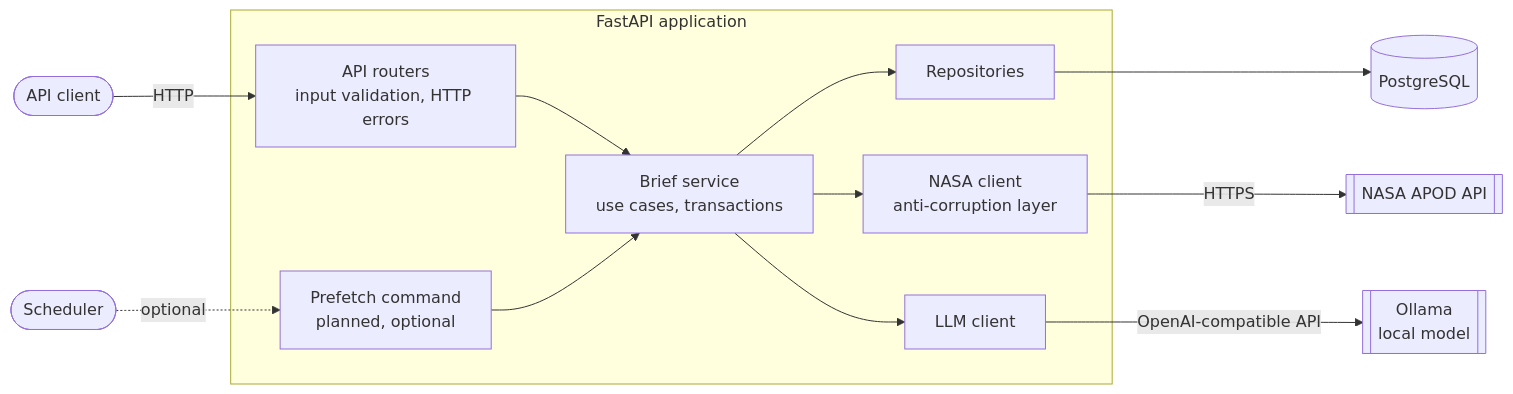
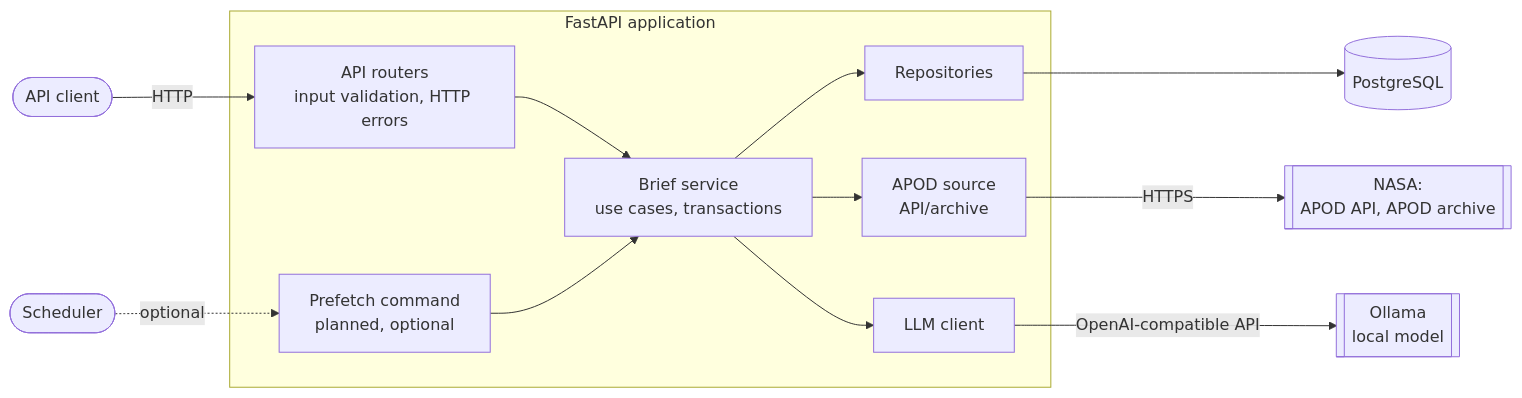
Before and after one commit to OstapchukIryna/astronomy-brief: the first of 3 diagrams in README.md, drawn with Mermaid. The commit also changed other lines of this file and 1 other file, not shown here.

Commit message:
docs: add archive decision diagram

````diff
--- a/README.md
+++ b/README.md
@@ -34,23 +34,23 @@
 ```mermaid
 flowchart LR
     user([API client]) -->|HTTP| api
     scheduler([Scheduler]) -.->|optional| job
 
     subgraph app [FastAPI application]
         api[API routers<br/>input validation, HTTP errors]
         job[Prefetch command<br/>planned, optional]
         svc[Brief service<br/>use cases, transactions]
         repo[Repositories]
-        nasa[NASA client<br/>anti-corruption layer]
+        apod[APOD source<br/>API/archive]
         llm[LLM client]
     end
 
     api --> svc
     job --> svc
     svc --> repo
-    svc --> nasa
+    svc --> apod
     svc --> llm
     repo --> db[(PostgreSQL)]
-    nasa -->|HTTPS| apod[[NASA APOD API]]
+    apod -->|HTTPS| nasa[[NASA:<br/>APOD API, APOD archive]]
     llm -->|OpenAI-compatible API| ollama[[Ollama<br/>local model]]
 ```
````
